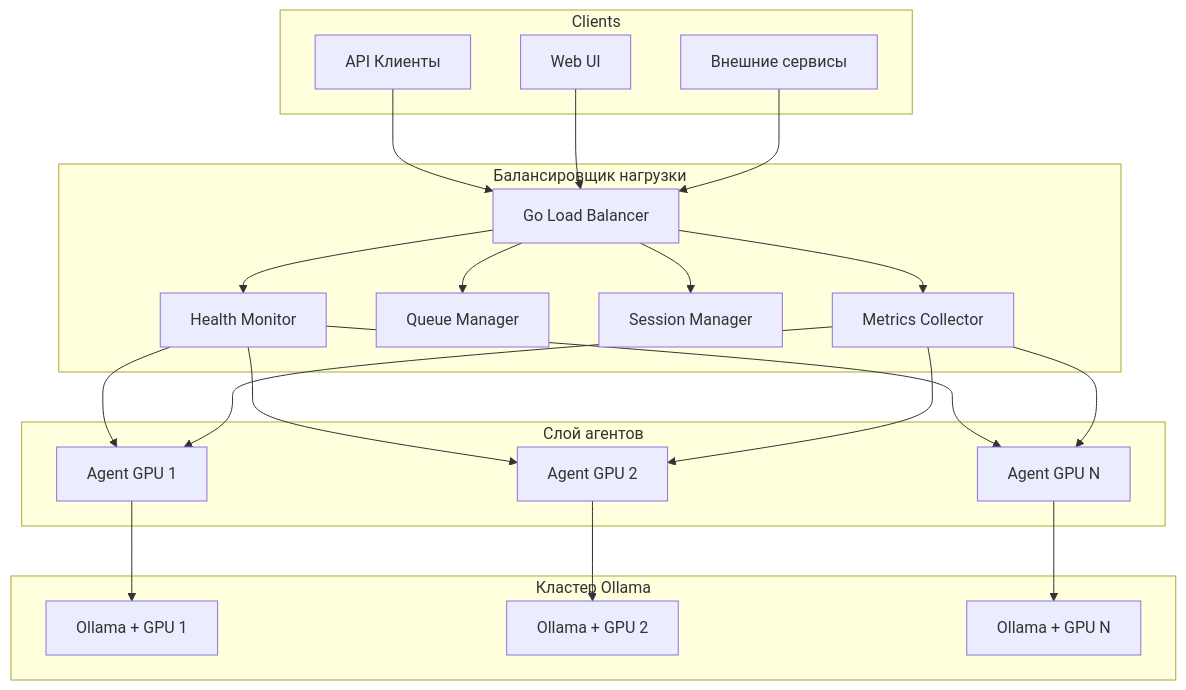
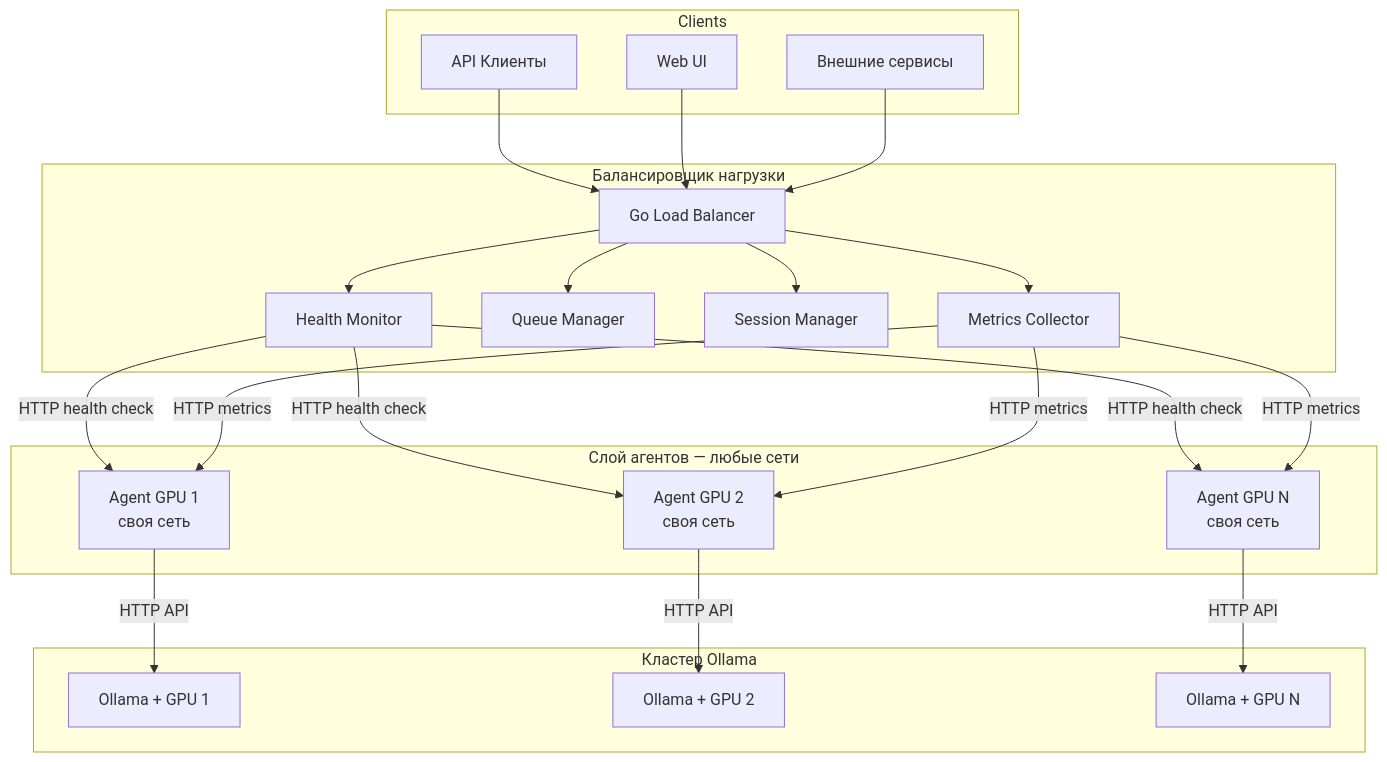
One commit to BarsSky/ollamalegion changed the first of 2 diagrams in docs/README.md. Above: the diagram before and after it, drawn with Mermaid. The commit also changed other lines of this file and 56 other files, not shown here.

````diff
--- a/docs/README.md
+++ b/docs/README.md
@@ -78,45 +79,45 @@
 ```mermaid
 graph TB
     subgraph Clients
         C1[API Клиенты]
         C2[Web UI]
         C3[Внешние сервисы]
     end
     
     subgraph LoadBalancer [Балансировщик нагрузки]
         LB[Go Load Balancer]
         HM[Health Monitor]
         QM[Queue Manager]
         SM[Session Manager]
         MM[Metrics Collector]
     end
     
-    subgraph AgentLayer [Слой агентов]
-        A1[Agent GPU 1]
-        A2[Agent GPU 2]
-        A3[Agent GPU N]
+    subgraph AgentLayer [Слой агентов — любые сети]
+        A1[Agent GPU 1<br/>своя сеть]
+        A2[Agent GPU 2<br/>своя сеть]
+        A3[Agent GPU N<br/>своя сеть]
     end
     
     subgraph OllamaCluster [Кластер Ollama]
         O1[Ollama + GPU 1]
         O2[Ollama + GPU 2]
         O3[Ollama + GPU N]
     end
     
     C1 --> LB
     C2 --> LB
     C3 --> LB
     LB --> HM
     LB --> QM
     LB --> SM
     LB --> MM
-    HM --> A1
-    HM --> A2
-    HM --> A3
-    MM --> A1
-    MM --> A2
-    MM --> A3
-    A1 --> O1
-    A2 --> O2
-    A3 --> O3
+    HM -->|"HTTP health check"| A1
+    HM -->|"HTTP health check"| A2
+    HM -->|"HTTP health check"| A3
+    MM -->|"HTTP metrics"| A1
+    MM -->|"HTTP metrics"| A2
+    MM -->|"HTTP metrics"| A3
+    A1 -->|"HTTP API"| O1
+    A2 -->|"HTTP API"| O2
+    A3 -->|"HTTP API"| O3
 ```
````
